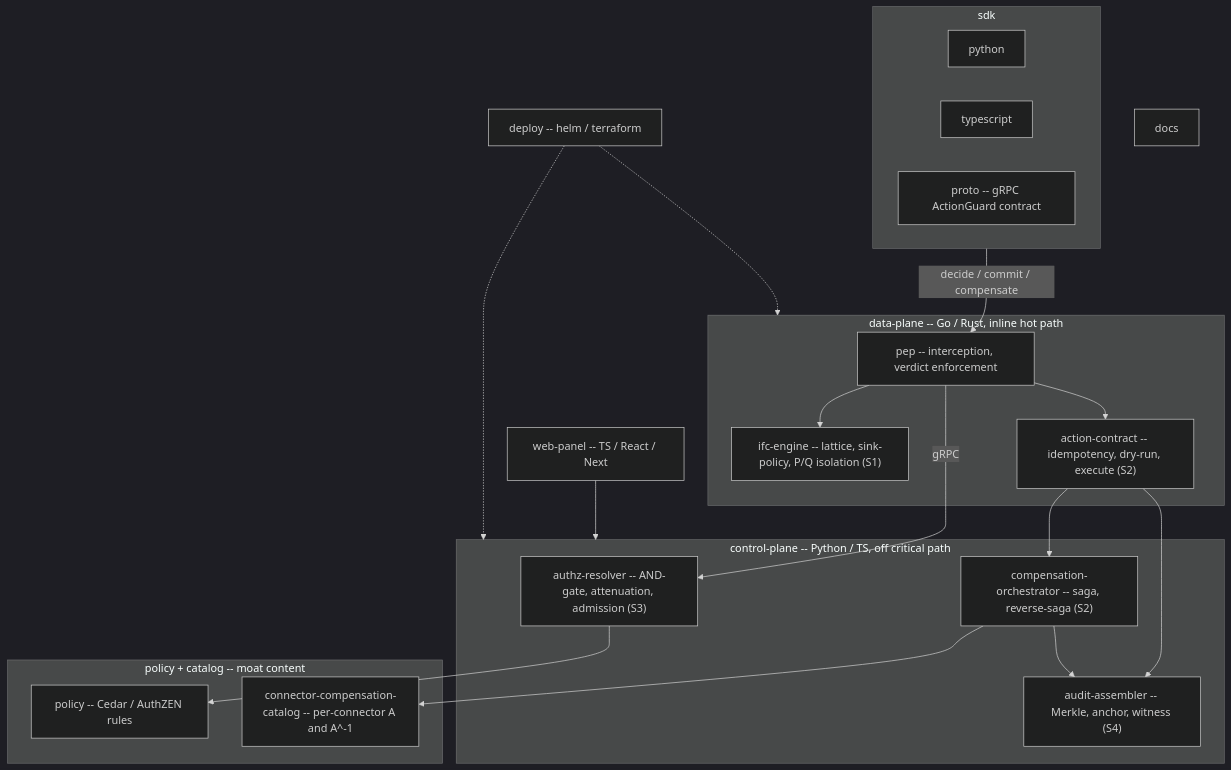
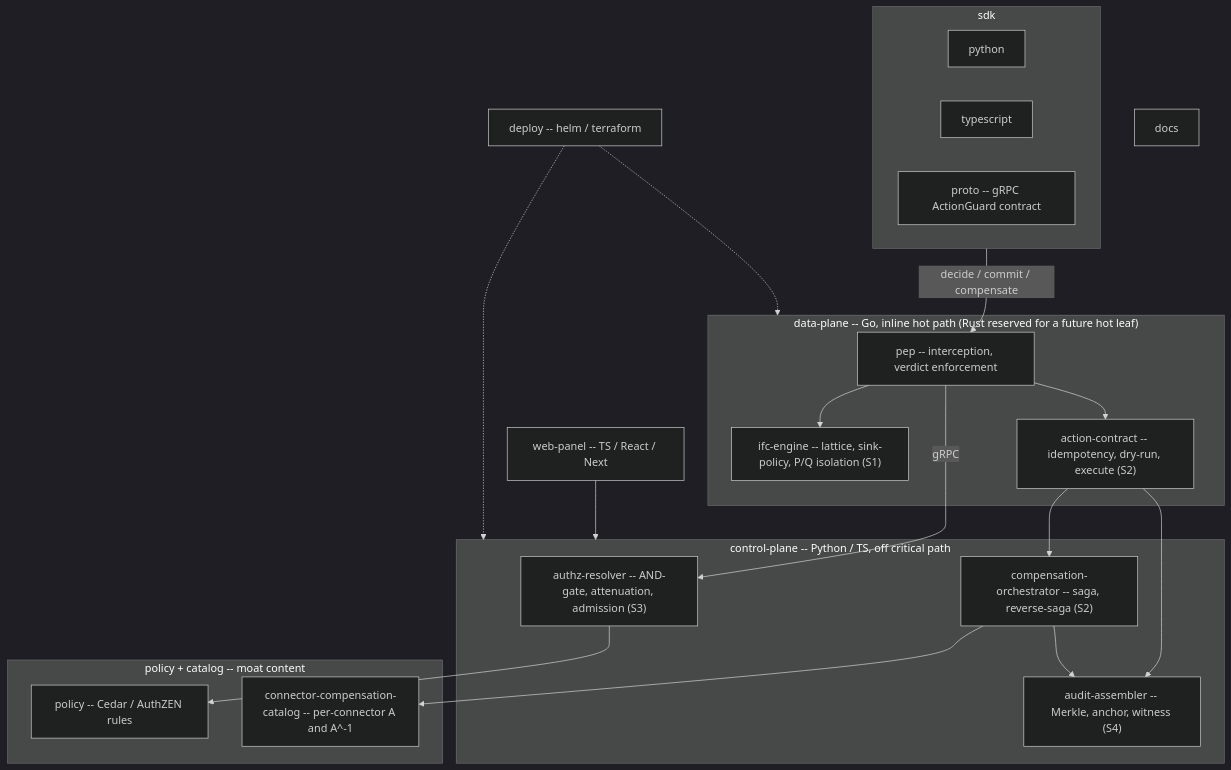
One commit to HodeTech/provna changed the diagram in docs/project-structure.md. Above: the diagram before and after it, drawn with Mermaid (dark theme). The commit also changed other lines of this file and 24 other files, not shown here.

````diff
--- a/docs/project-structure.md
+++ b/docs/project-structure.md
@@ -13,38 +13,38 @@
 ```mermaid
 flowchart TB
-  subgraph DP["data-plane -- Go / Rust, inline hot path"]
+  subgraph DP["data-plane -- Go, inline hot path (Rust reserved for a future hot leaf)"]
     PEP["pep -- interception, verdict enforcement"]
     IFC["ifc-engine -- lattice, sink-policy, P/Q isolation (S1)"]
     AC["action-contract -- idempotency, dry-run, execute (S2)"]
   end
   subgraph CP["control-plane -- Python / TS, off critical path"]
     RES["authz-resolver -- AND-gate, attenuation, admission (S3)"]
     ORCH["compensation-orchestrator -- saga, reverse-saga (S2)"]
     ASM["audit-assembler -- Merkle, anchor, witness (S4)"]
   end
   subgraph SDK["sdk"]
     PY["python"]
     TS["typescript"]
     PROTO["proto -- gRPC ActionGuard contract"]
   end
   PANEL["web-panel -- TS / React / Next"]
   subgraph CAT["policy + catalog -- moat content"]
     POL["policy -- Cedar / AuthZEN rules"]
     CONN["connector-compensation-catalog -- per-connector A and A^-1"]
   end
   DEPLOY["deploy -- helm / terraform"]
   DOCS["docs"]
 
   SDK -->|decide / commit / compensate| PEP
   PEP --> IFC
   PEP --> AC
   PEP -->|gRPC| RES
   AC --> ORCH
   ORCH --> CONN
   RES --> POL
   AC --> ASM
   ORCH --> ASM
   PANEL --> CP
   DEPLOY -.-> DP
   DEPLOY -.-> CP
 ```
````
